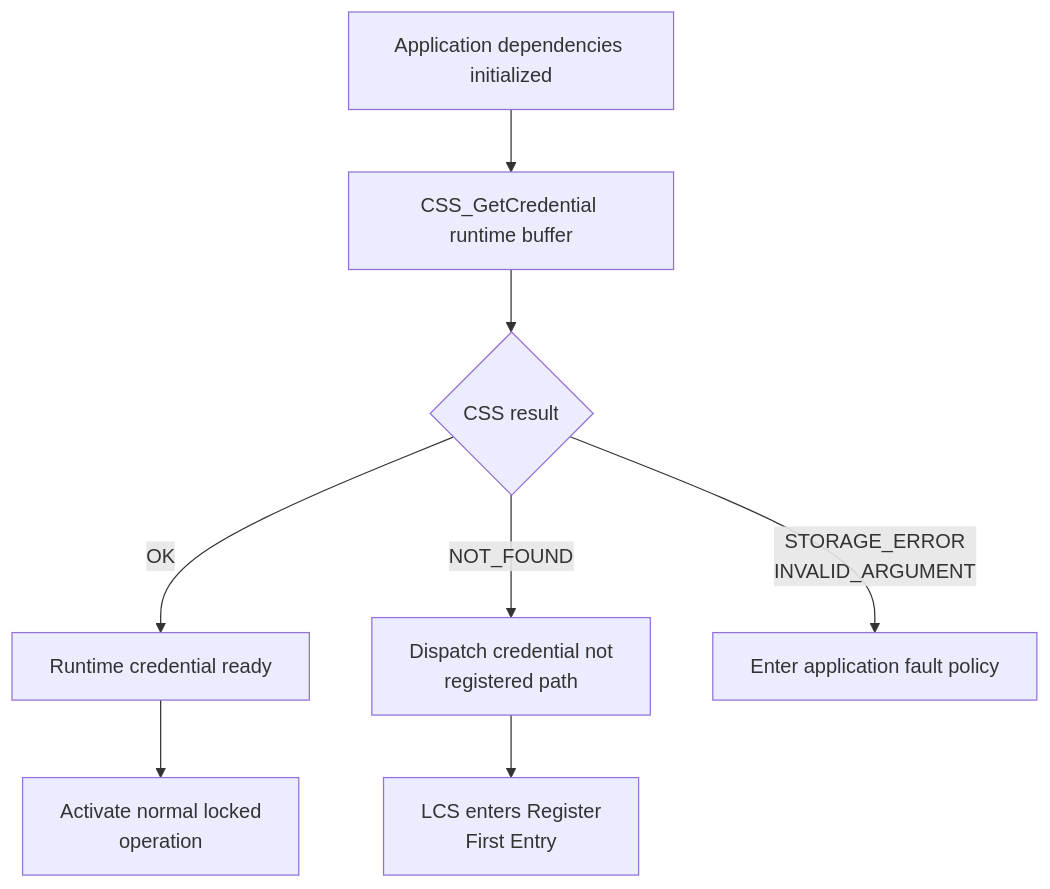
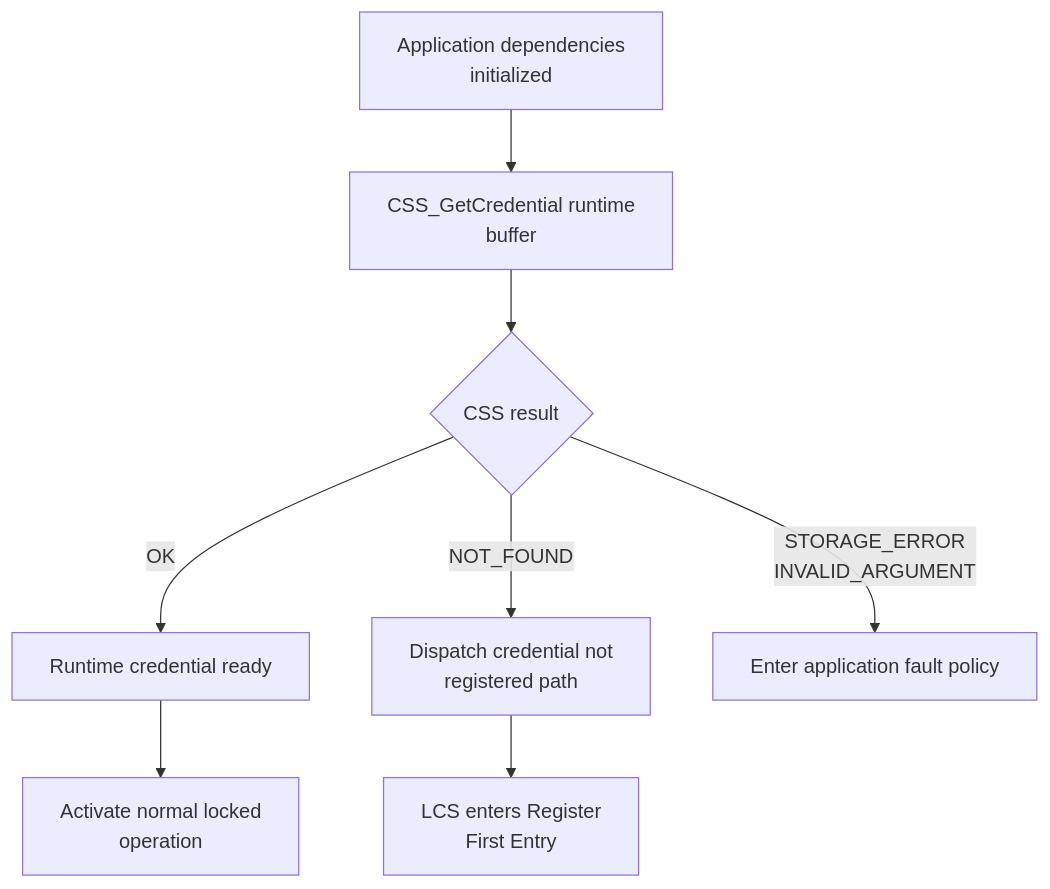
Before and after one commit to JP-REY/STM32F103C8T6-Based-Electronic-Lock: the third of 4 diagrams in Libs/Services/Credential_Storage/README.md, drawn with Mermaid. The commit also changed other lines of this file and 187 other files, not shown here.

````diff
--- a/Libs/Services/Credential_Storage/README.md
+++ b/Libs/Services/Credential_Storage/README.md
@@ -610,10 +614,10 @@
 ```mermaid
 flowchart TD
-    A["Application dependencies initialized"] --> B["CSS_GetCredential runtime buffer"]
+    A["Application dependencies <br/>initialized"] --> B["CSS_GetCredential runtime<br/> buffer"]
     B --> C{"CSS result"}
     C -->|"OK"| D["Runtime credential ready"]
     D --> E["Activate normal locked <br/>operation"]
     C -->|"NOT_FOUND"| F["Dispatch credential not <br/>registered path"]
     F --> G["LCS enters Register<br/>First Entry"]
     C -->|"STORAGE_ERROR<br/>INVALID_ARGUMENT"| H["Enter application fault policy"]
 ```
````
